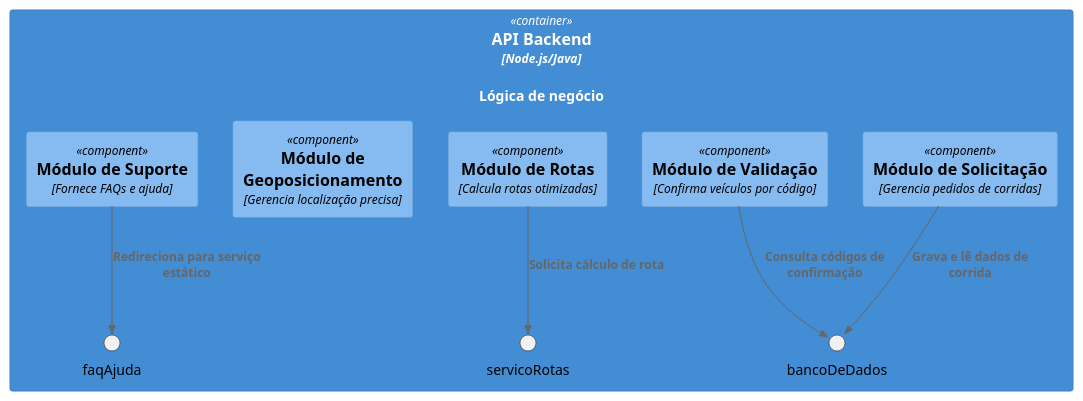
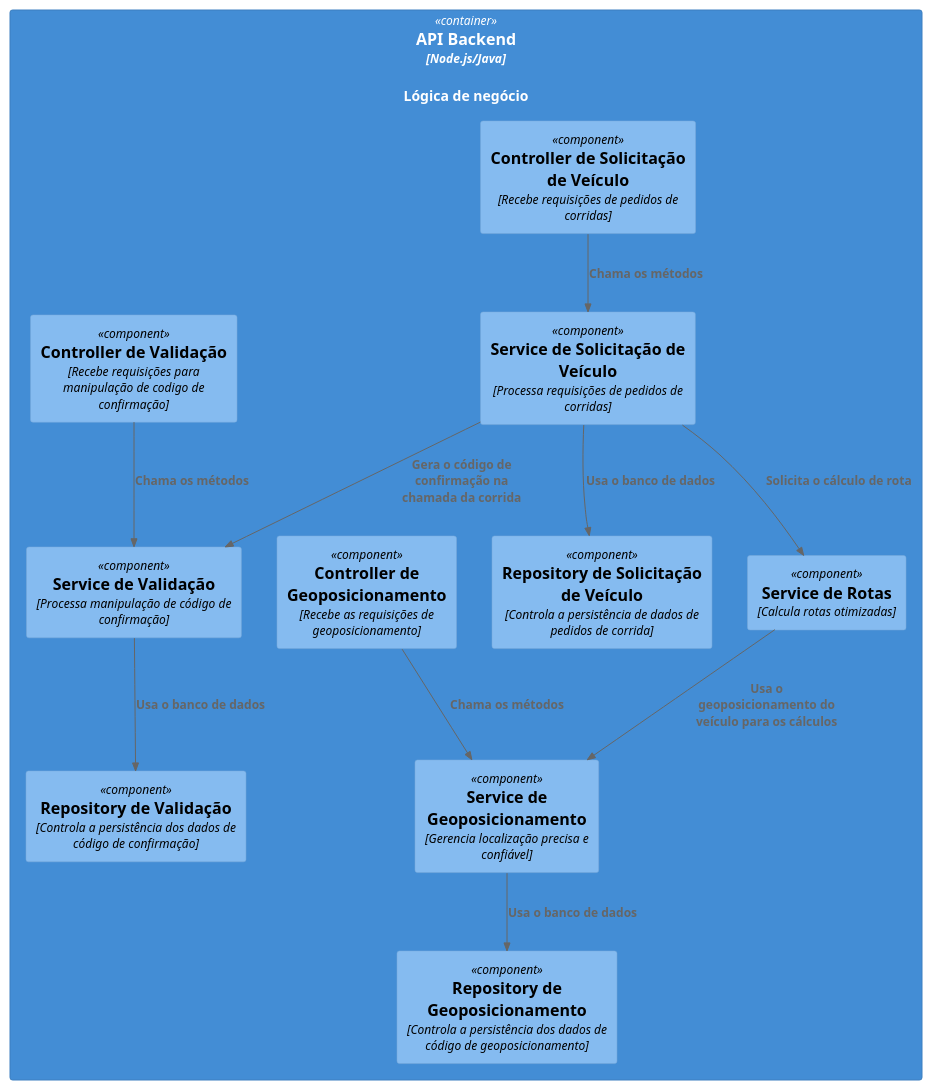
The diagram in trabalho_final/Diagramas (Iteração 1)/componentes.puml (gilmarUFG/as_es_20251_g6), drawn with PlantUML before and after one commit. The commit also changed 1 other file, not shown here.

```diff
--- a/trabalho_final/Diagramas (Iteração 1)/componentes.puml
+++ b/trabalho_final/Diagramas (Iteração 1)/componentes.puml
@@ -1,17 +1,30 @@
 @startuml
 !include https://raw.githubusercontent.com/plantuml-stdlib/C4-PlantUML/master/C4_Component.puml
 
 Container(apiBackend, "API Backend", "Node.js/Java", "Lógica de negócio") {
 
-  Component(solicitacaoVeiculo, "Módulo de Solicitação", "Gerencia pedidos de corridas")
-  Component(calculoRotas, "Módulo de Rotas", "Calcula rotas otimizadas")
-  Component(validacaoVeiculo, "Módulo de Validação", "Confirma veículos por código")
-  Component(geoposicionamento, "Módulo de Geoposicionamento", "Gerencia localização precisa")
-  Component(suporteFaq, "Módulo de Suporte", "Fornece FAQs e ajuda")
+  Component(solicitacaoVeiculoController, "Controller de Solicitação de Veículo", "Recebe requisições de pedidos de corridas")
+  Component(solicitacaoVeiculoService, "Service de Solicitação de Veículo", "Processa requisições de pedidos de corridas")
+  Component(solicitacaoVeiculosRepository, "Repository de Solicitação de Veículo", "Controla a persistência de dados de pedidos de corrida")
+  Component(calculoRotasService, "Service de Rotas", "Calcula rotas otimizadas")
+  Component(validacaoVeiculoController, "Controller de Validação", "Recebe requisições para manipulação de codigo de confirmação")
+  Component(validacaoVeiculoService, "Service de Validação", "Processa manipulação de código de confirmação")
+  Component(validacaoVeiculoRepository, "Repository de Validação", "Controla a persistência dos dados de código de confirmação")
+  Component(geoposicionamentoController, "Controller de Geoposicionamento", "Recebe as requisições de geoposicionamento")
+  Component(geoposicionamentoService, "Service de Geoposicionamento", "Gerencia localização precisa e confiável")
+  Component(geoposicionamentoRepository, "Repository de Geoposicionamento", "Controla a persistência dos dados de código de geoposicionamento")
+  ' Component(suporteFaq, "Módulo de Suporte", "Fornece FAQs e ajuda")
 
-  Rel(solicitacaoVeiculo, bancoDeDados, "Grava e lê dados de corrida")
-  Rel(calculoRotas, servicoRotas, "Solicita cálculo de rota")
-  Rel(validacaoVeiculo, bancoDeDados, "Consulta códigos de confirmação")
-  Rel(suporteFaq, faqAjuda, "Redireciona para serviço estático")
+  Rel(solicitacaoVeiculoController, solicitacaoVeiculoService, "Chama os métodos")
+  Rel(solicitacaoVeiculoService, solicitacaoVeiculosRepository, "Usa o banco de dados")
+
+  Rel(validacaoVeiculoController, validacaoVeiculoService, "Chama os métodos")
+  Rel(validacaoVeiculoService, validacaoVeiculoRepository, "Usa o banco de dados")
+  Rel(solicitacaoVeiculoService, calculoRotasService, "Solicita o cálculo de rota")
+  Rel(solicitacaoVeiculoService, validacaoVeiculoService, "Gera o código de confirmação na chamada da corrida")
+  Rel(calculoRotasService, geoposicionamentoService, "Usa o geoposicionamento do veículo para os cálculos")
+  Rel(geoposicionamentoController, geoposicionamentoService, "Chama os métodos")
+  Rel(geoposicionamentoService, geoposicionamentoRepository, "Usa o banco de dados")
+  ' Rel(suporteFaq, faqAjuda, "Redireciona para serviço estático")
 }
 @enduml
```
